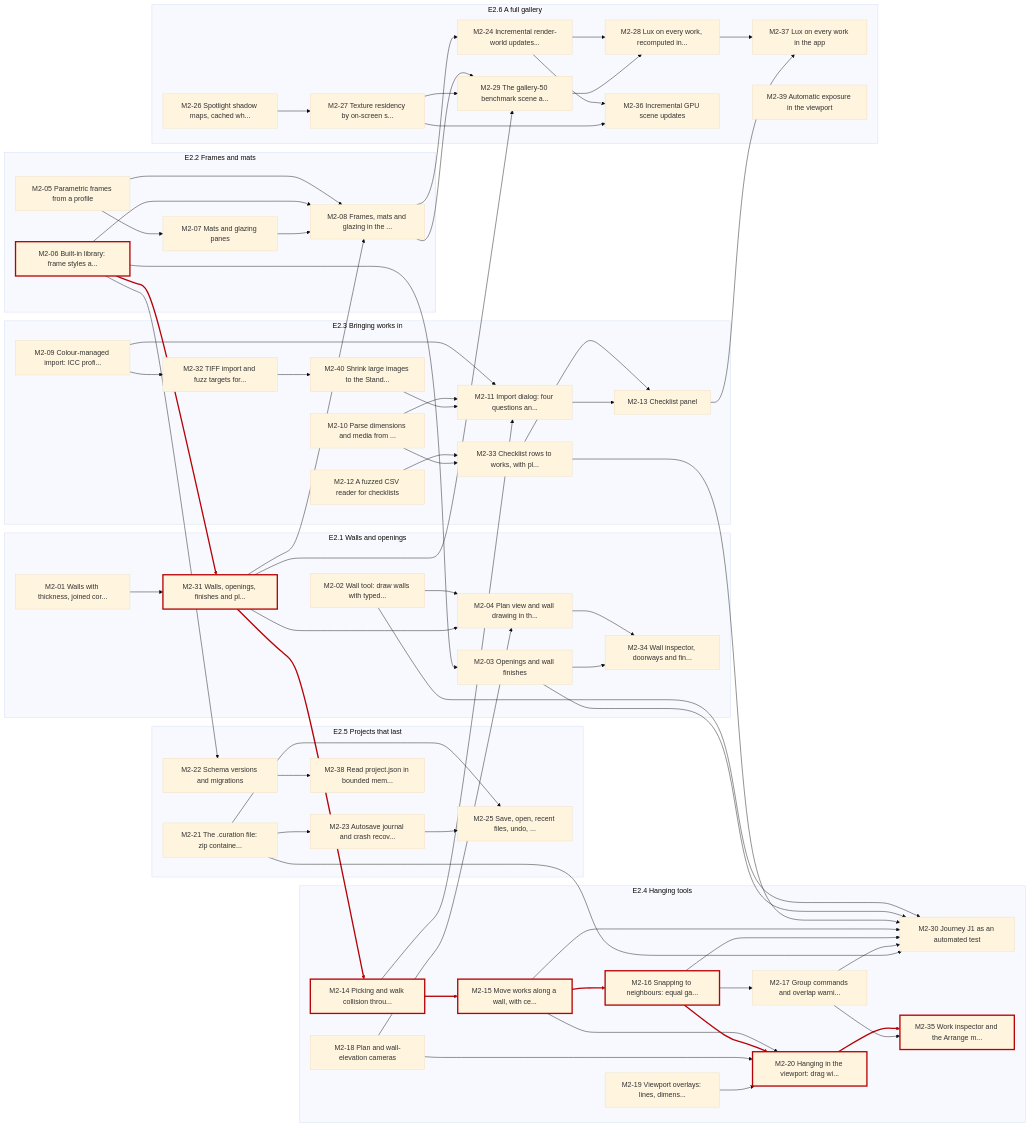
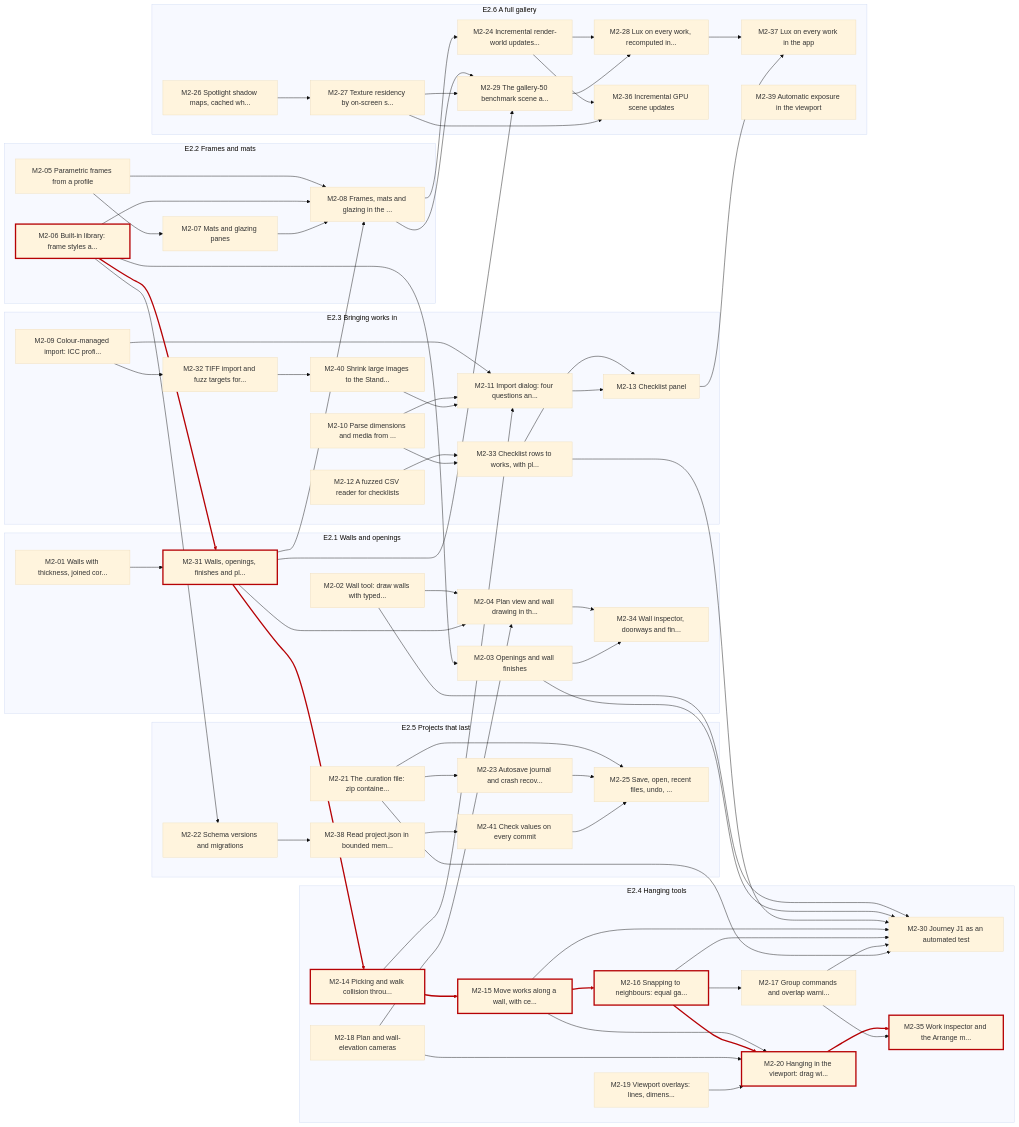
The third of 3 diagrams in docs/roadmap.md (groundbeeflover/curation_sandbox), drawn with Mermaid (base theme) before and after one commit. The commit also changed other lines of this file and 3 other files, not shown here.

````diff
--- a/docs/roadmap.md
+++ b/docs/roadmap.md
@@ -471,6 +478,7 @@
     M2_23["M2-23 Autosave journal and crash recov..."]
     M2_25["M2-25 Save, open, recent files, undo, ..."]
     M2_38["M2-38 Read project.json in bounded mem..."]
+    M2_41["M2-41 Check values on every commit"]
   end
   subgraph E2_6["E2.6 A full gallery"]
     M2_24["M2-24 Incremental render-world updates..."]
@@ -510,6 +518,7 @@
   M2_08 --> M2_24
   M2_21 --> M2_25
   M2_23 --> M2_25
+  M2_41 --> M2_25
   M2_26 --> M2_27
   M2_24 --> M2_28
   M2_29 --> M2_28
@@ -538,7 +547,8 @@
   M2_13 --> M2_37
   M2_22 --> M2_38
   M2_32 --> M2_40
+  M2_38 --> M2_41
   classDef crit stroke:#b60205,stroke-width:3px
   class M2_06,M2_31,M2_14,M2_15,M2_16,M2_20,M2_35 crit
-  linkStyle 15,16,17,20,42,48 stroke:#b60205,stroke-width:3px
+  linkStyle 15,16,17,20,43,49 stroke:#b60205,stroke-width:3px
 ```
````
